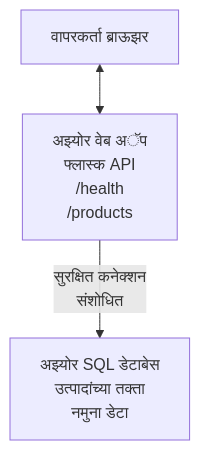
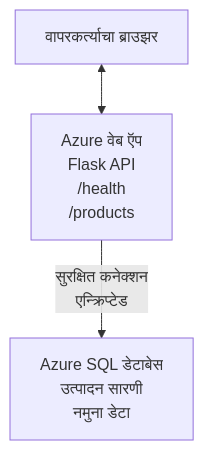
Before and after one commit to microsoft/AZD-for-beginners: the diagram in translations/mr/examples/database-app/README.md, drawn with Mermaid. The commit also changed other lines of this file and 101 other files, not shown here.

````diff
--- a/translations/mr/examples/database-app/README.md
+++ b/translations/mr/examples/database-app/README.md
@@ -72,5 +72,5 @@
 ```mermaid
 graph TD
-    Browser[वापरकर्ता ब्राऊझर] <--> WebApp[अझ्योर वेब अॅप<br/>फ्लास्क API<br/>/health<br/>/products]
-    WebApp -- सुरक्षित कनेक्शन<br/>संशोधित --> SQL[अझ्योर SQL डेटाबेस<br/>उत्पादांच्या तक्ता<br/>नमुना डेटा]
+    Browser[वापरकर्त्याचा ब्राउझर] <--> WebApp[Azure वेब ऍप<br/>Flask API<br/>/health<br/>/products]
+    WebApp -- सुरक्षित कनेक्शन<br/>एन्क्रिप्टेड --> SQL[Azure SQL डेटाबेस<br/>उत्पादन सारणी<br/>नमुना डेटा]
 ```
````
